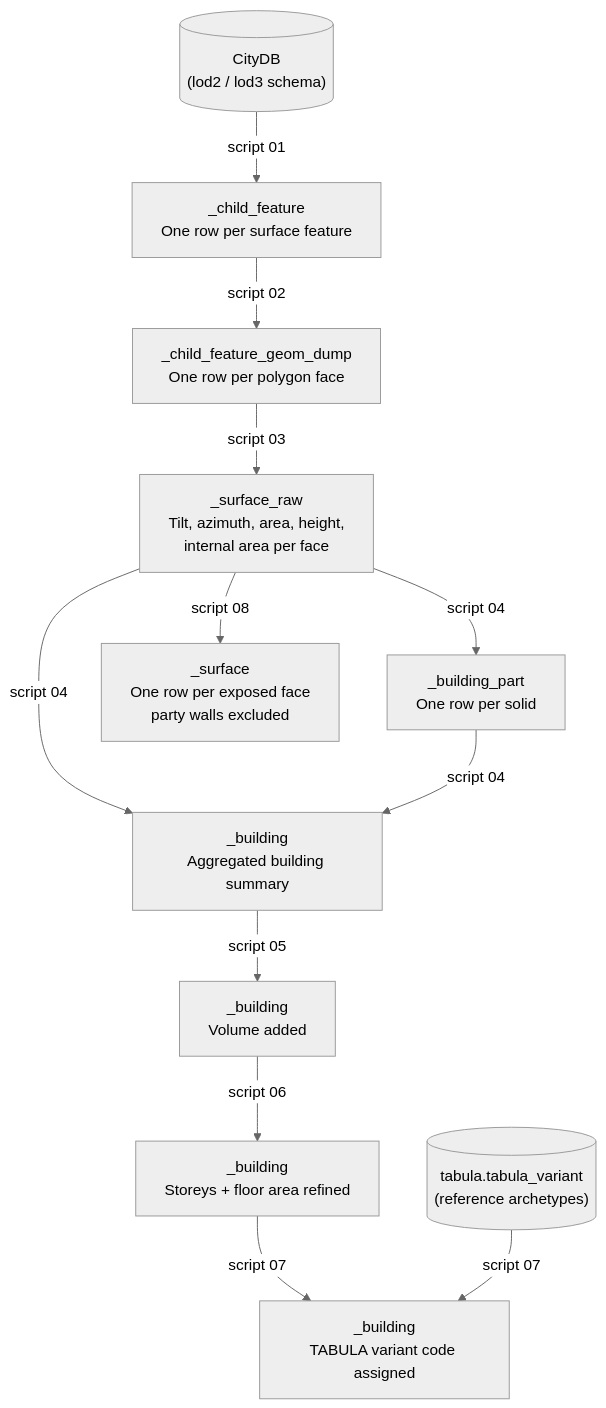
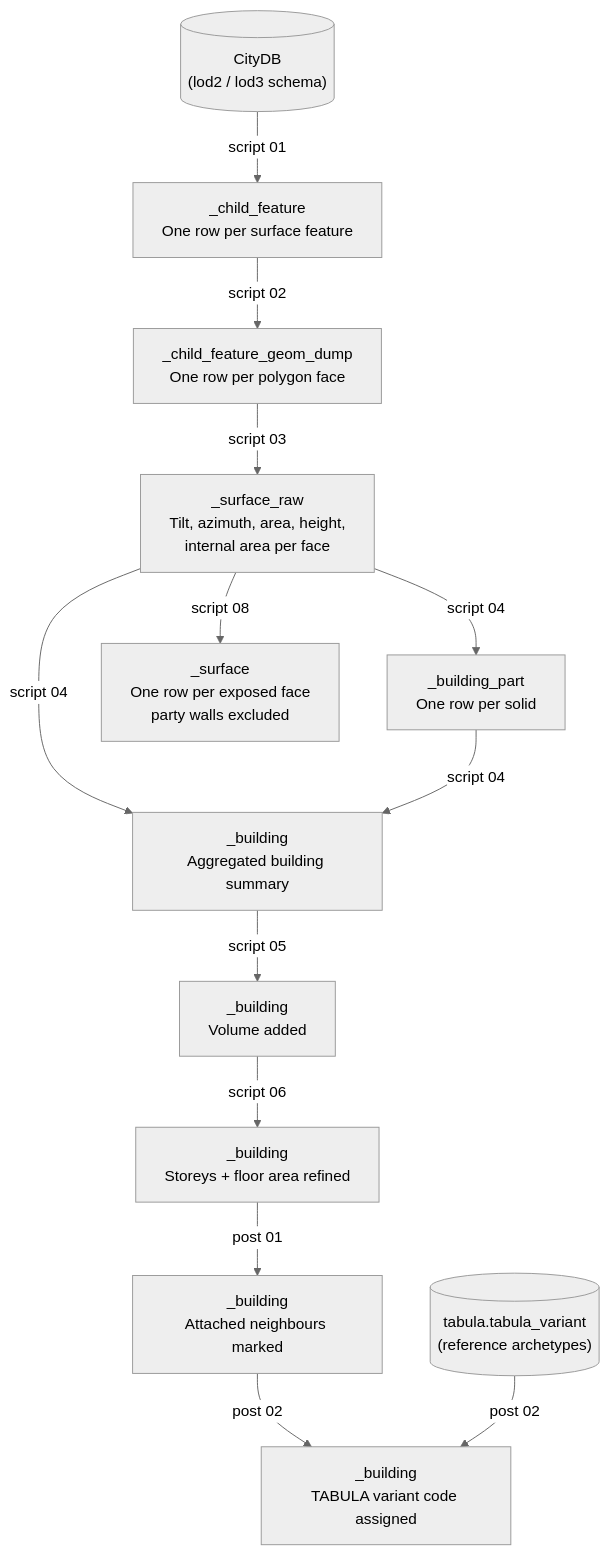
Before and after one commit to THD-Spatial-AI/city2tabula: the diagram in docs/code/sql-pipeline/index.md, drawn with Mermaid (neutral theme). The commit also changed other lines of this file and 23 other files, not shown here.

First line of the commit message:
feat: detect attached neighbours and use them in TABULA matching (#170)

````diff
--- a/docs/code/sql-pipeline/index.md
+++ b/docs/code/sql-pipeline/index.md
@@ -30,14 +34,15 @@
 ```mermaid
 flowchart TD
     A[("CityDB<br>(lod2 / lod3 schema)")] -->|script 01| B["_child_feature<br>One row per surface feature"]
     B -->|script 02| C["_child_feature_geom_dump<br>One row per polygon face"]
     C -->|script 03| D["_surface_raw<br>Tilt, azimuth, area, height,<br>internal area per face"]
     D -->|script 04| P["_building_part<br>One row per solid"]
     D -->|script 04| E["_building<br>Aggregated building summary"]
     P -->|script 04| E
     E -->|script 05| F["_building<br>Volume added"]
     F -->|script 06| G["_building<br>Storeys + floor area refined"]
-    G -->|script 07| H["_building<br>TABULA variant code assigned"]
-    I[("tabula.tabula_variant<br>(reference archetypes)")] -->|script 07| H
+    G -->|post 01| N["_building<br>Attached neighbours marked"]
+    N -->|post 02| H["_building<br>TABULA variant code assigned"]
+    I[("tabula.tabula_variant<br>(reference archetypes)")] -->|post 02| H
     D -->|script 08| J["_surface<br>One row per exposed face<br>party walls excluded"]
 ```
````
